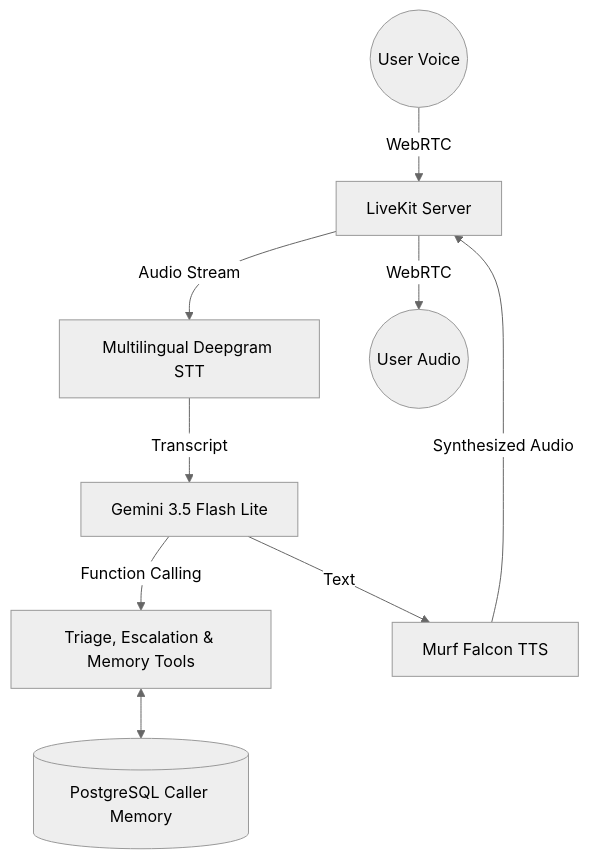
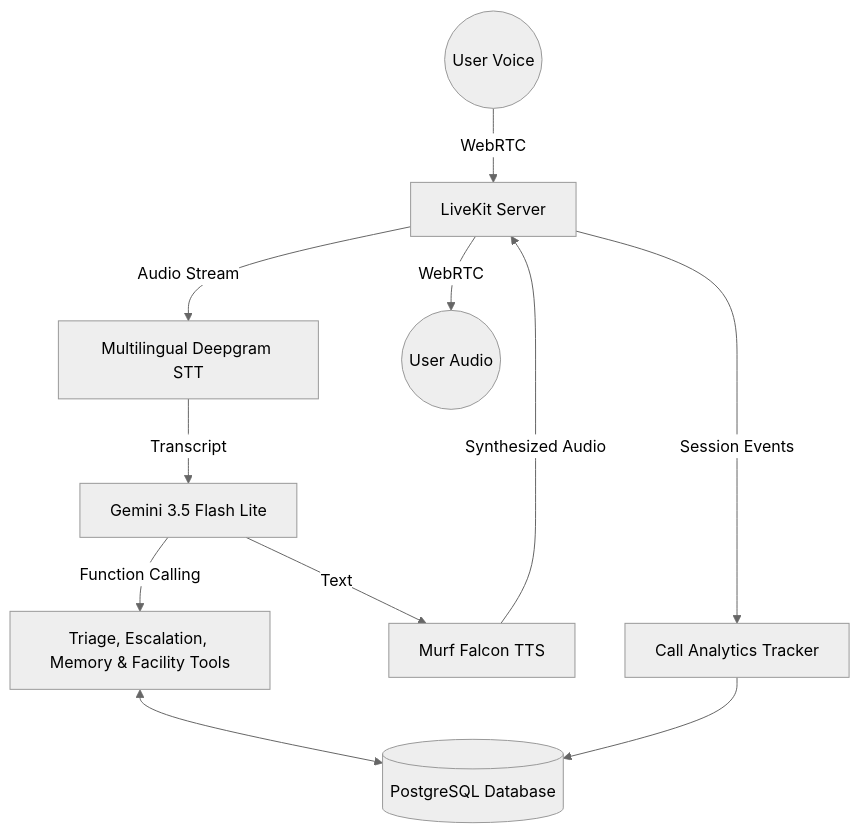
One commit to manthansingh26/murf-livekit-starter changed the diagram in README.md. Above: the diagram before and after it, drawn with Mermaid (neutral theme). The commit also changed other lines of this file and 12 other files, not shown here.

Commit message:
feat: Saathi Swasthya Day 8 - Deterministic call analytics tracker, PostgreSQL schema, Next.js admin dashboard & tests

````diff
--- a/README.md
+++ b/README.md
@@ -100,11 +148,13 @@
 ```mermaid
 graph TD
     User((User Voice)) -->|WebRTC| LiveKit[LiveKit Server]
     LiveKit -->|Audio Stream| STT[Multilingual Deepgram STT]
     STT -->|Transcript| LLM[Gemini 3.5 Flash Lite]
-    LLM -->|Function Calling| Tools[Triage, Escalation & Memory Tools]
-    Tools <--> DB[(PostgreSQL Caller Memory)]
+    LLM -->|Function Calling| Tools[Triage, Escalation, Memory & Facility Tools]
+    Tools <--> DB[(PostgreSQL Database)]
     LLM -->|Text| TTS[Murf Falcon TTS]
     TTS -->|Synthesized Audio| LiveKit
     LiveKit -->|WebRTC| UserEar((User Audio))
+    LiveKit -->|Session Events| Analytics[Call Analytics Tracker]
+    Analytics --> DB
 ```
````
